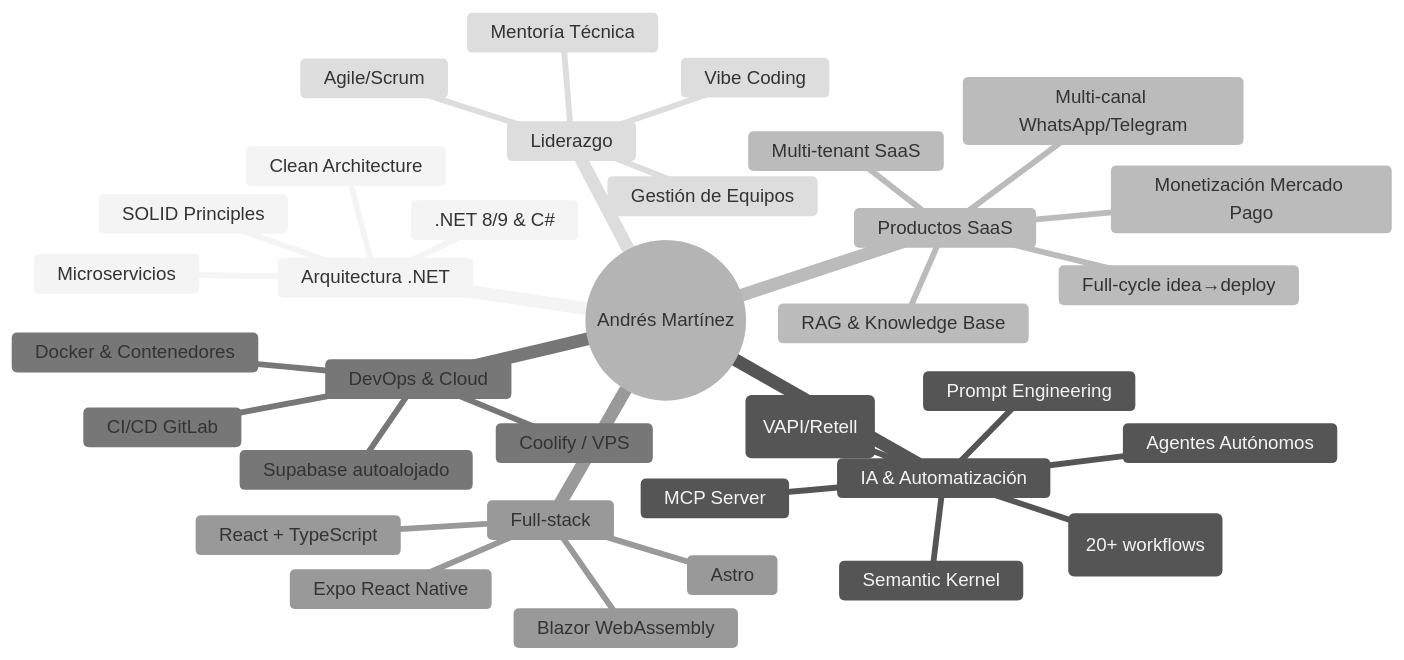
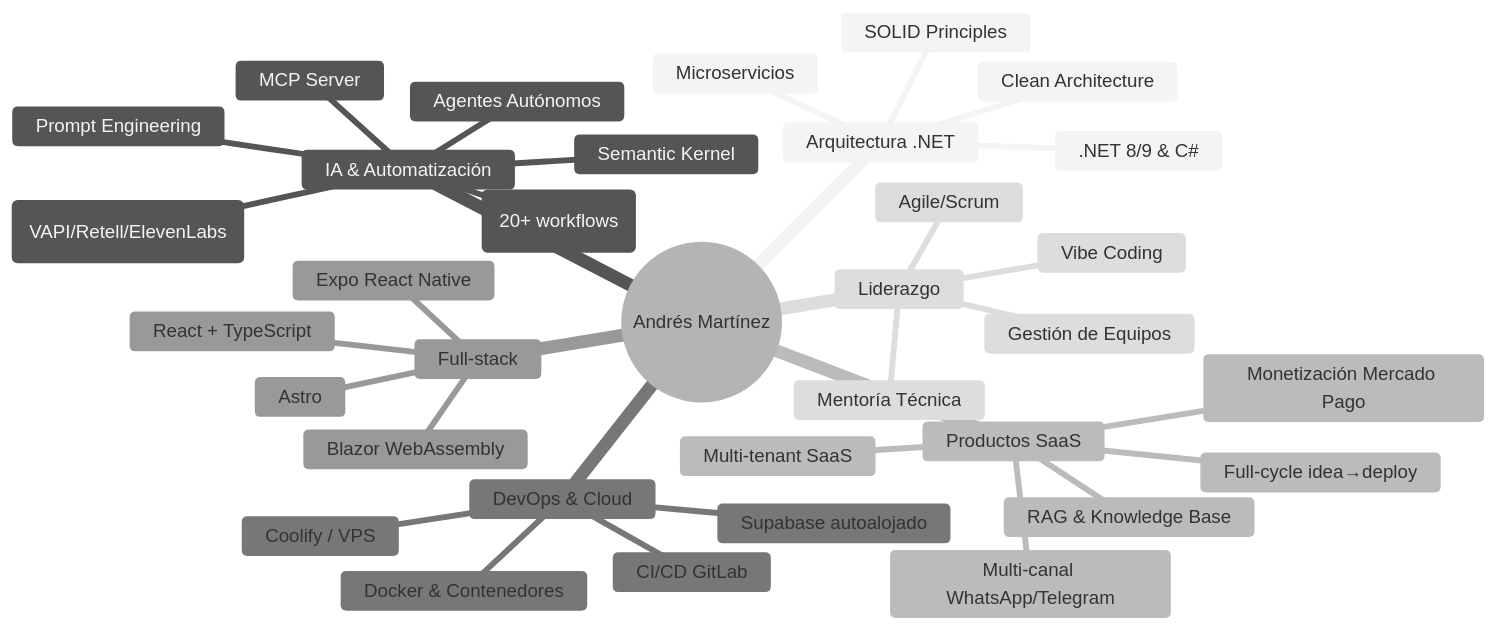
One commit to Andres-MMG/Andres-MMG changed the diagram in README.md. Above: the diagram before and after it, drawn with Mermaid (neutral theme). The commit also changed other lines of this file, not shown here.

````diff
--- a/README.md
+++ b/README.md
@@ -245,37 +247,37 @@
 ```mermaid
 mindmap
   root((Andrés Martínez))
     Arquitectura .NET
       Clean Architecture
       Microservicios
       SOLID Principles
       .NET 8/9 & C#
     IA & Automatización
       Prompt Engineering
       Semantic Kernel
       Agentes Autónomos
       n8n (20+ workflows)
-      Voice AI (VAPI/Retell)
+      Voice AI (VAPI/Retell/ElevenLabs)
       MCP Server
     Productos SaaS
       Full-cycle idea→deploy
       Monetización Mercado Pago
       RAG & Knowledge Base
       Multi-canal WhatsApp/Telegram
       Multi-tenant SaaS
     DevOps & Cloud
       Docker & Contenedores
       CI/CD GitLab
       Coolify / VPS
       Supabase autoalojado
     Full-stack
       React + TypeScript
       Expo React Native
       Astro
       Blazor WebAssembly
     Liderazgo
       Gestión de Equipos
       Agile/Scrum
       Mentoría Técnica
       Vibe Coding
 ```
````
